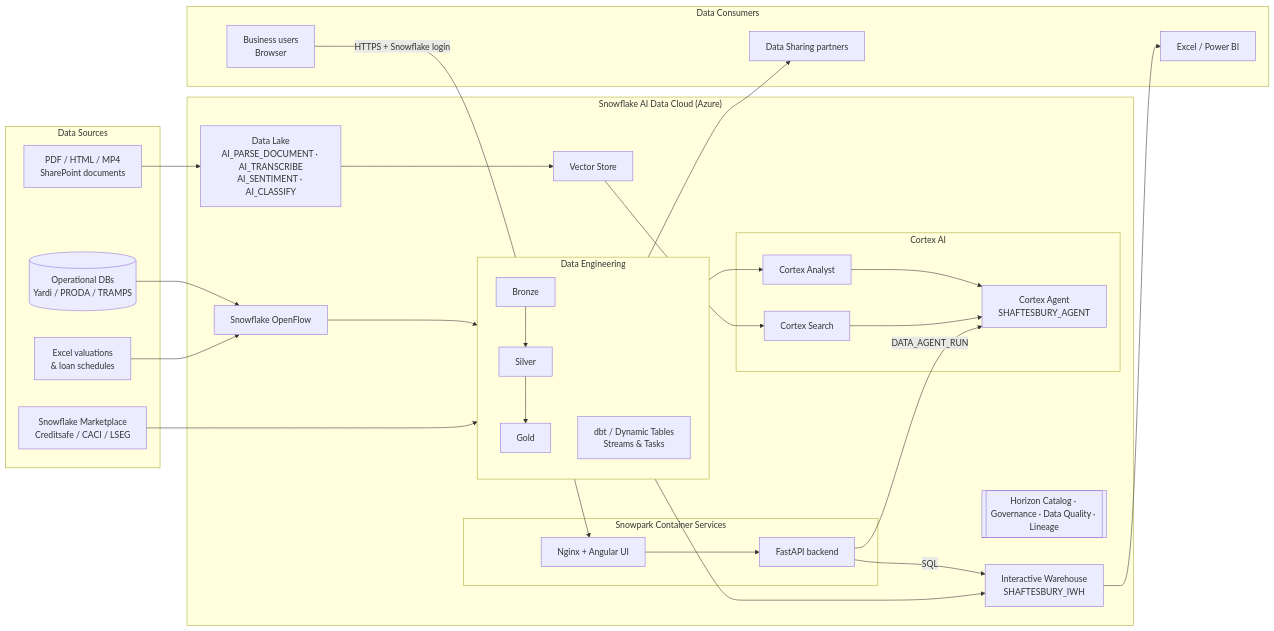
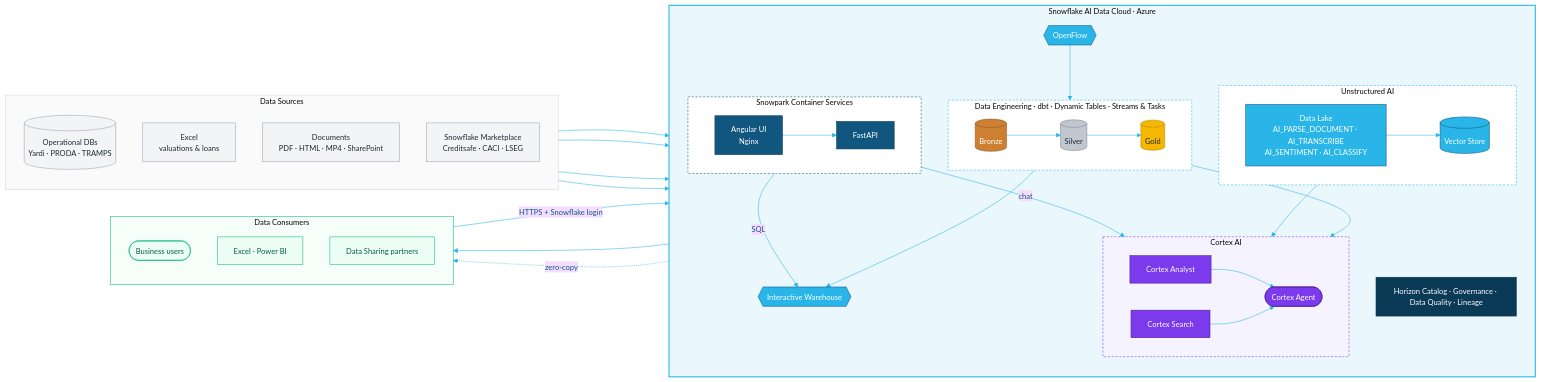
Before and after one commit to sfc-gh-cmoynihan/shaftsbury360: the diagram in README.md, drawn with Mermaid. The commit also changed other lines of this file, not shown here.

Commit message:
Lead README with Why Snowflake and Business Value; restyle architecture diagram
Generated with [Snowflake CoCo](https://docs.snowflake.com/en/user-guide/cortex-code/cortex-code)

````diff
--- a/README.md
+++ b/README.md
@@ -23,37 +40,43 @@
 ```mermaid
+%%{init: {'theme':'base','themeVariables':{'fontFamily':'Helvetica','fontSize':'14px','lineColor':'#29B5E8','primaryTextColor':'#11567F'}}}%%
 flowchart LR
-    subgraph Sources["Data Sources"]
-        DB[(Operational DBs<br/>Yardi / PRODA / TRAMPS)]
-        XL[Excel valuations<br/>& loan schedules]
-        DOCS[PDF / HTML / MP4<br/>SharePoint documents]
-        MKT[Snowflake Marketplace<br/>Creditsafe / CACI / LSEG]
+    subgraph SRC["Data Sources"]
+        direction TB
+        DB[("Operational DBs<br/>Yardi · PRODA · TRAMPS")]
+        XL["Excel<br/>valuations & loans"]
+        DOCS["Documents<br/>PDF · HTML · MP4 · SharePoint"]
+        MKT["Snowflake Marketplace<br/>Creditsafe · CACI · LSEG"]
     end
 
-    subgraph Snowflake["Snowflake AI Data Cloud (Azure)"]
-        OF[Snowflake OpenFlow]
-        subgraph Eng["Data Engineering"]
-            direction TB
-            BR[Bronze] --> SI[Silver] --> GO[Gold]
-            DT[dbt / Dynamic Tables<br/>Streams & Tasks]
+    subgraph SF["Snowflake AI Data Cloud · Azure"]
+        direction TB
+        OF{{"OpenFlow"}}
+        subgraph ENG["Data Engineering · dbt · Dynamic Tables · Streams & Tasks"]
+            direction LR
+            BR[("Bronze")] --> SI[("Silver")] --> GO[("Gold")]
         end
-        LAKE[Data Lake<br/>AI_PARSE_DOCUMENT · AI_TRANSCRIBE<br/>AI_SENTIMENT · AI_CLASSIFY]
-        VEC[Vector Store]
+        subgraph UNS["Unstructured AI"]
+            direction LR
+            LAKE["Data Lake<br/>AI_PARSE_DOCUMENT · AI_TRANSCRIBE<br/>AI_SENTIMENT · AI_CLASSIFY"] --> VEC[("Vector Store")]
+        end
         subgraph AI["Cortex AI"]
-            CA[Cortex Analyst]
-            CS[Cortex Search]
-            AG[Cortex Agent<br/>SHAFTESBURY_AGENT]
+            direction LR
+            CA["Cortex Analyst"] --> AG(["Cortex Agent"])
+            CS["Cortex Search"] --> AG
         end
-        IWH[Interactive Warehouse<br/>SHAFTESBURY_IWH]
-        subgraph SPCS["Snowpark Container Services"]
-            NG[Nginx + Angular UI] --> API[FastAPI backend]
+        IWH{{"Interactive Warehouse"}}
+        subgraph APP["Snowpark Container Services"]
+            direction LR
+            NG["Angular UI<br/>Nginx"] --> API["FastAPI"]
         end
-        GOV[[Horizon Catalog · Governance · Data Quality · Lineage]]
+        GOV["Horizon Catalog · Governance · Data Quality · Lineage"]
     end
 
-    subgraph Consumers["Data Consumers"]
-        BU[Business users<br/>Browser]
-        BI[Excel / Power BI]
-        SH[Data Sharing partners]
+    subgraph CON["Data Consumers"]
+        direction TB
+        BU(["Business users"])
+        BI["Excel · Power BI"]
+        SH["Data Sharing partners"]
     end
 
     DB --> OF
@@ -61,14 +84,40 @@
     OF --> BR
     DOCS --> LAKE
     MKT --> GO
-    LAKE --> VEC --> CS
+    VEC --> CS
     GO --> CA
-    CA --> AG
-    CS --> AG
     GO --> IWH
     API -->|SQL| IWH
-    API -->|DATA_AGENT_RUN| AG
-    BU -->|HTTPS + Snowflake login| NG
+    API -->|chat| AG
+    BU -->|"HTTPS + Snowflake login"| NG
     IWH --> BI
-    GO --> SH
+    GO -.->|zero-copy| SH
+
+    classDef src fill:#F3F4F6,stroke:#9CA3AF,color:#1F2937
+    classDef bronze fill:#CD7F32,stroke:#8B5A2B,color:#fff
+    classDef silver fill:#C0C7CF,stroke:#7D8792,color:#1F2937
+    classDef gold fill:#F5B700,stroke:#B38600,color:#1F2937
+    classDef sf fill:#29B5E8,stroke:#11567F,color:#fff
+    classDef ai fill:#7C3AED,stroke:#4C1D95,color:#fff
+    classDef app fill:#11567F,stroke:#0B3A57,color:#fff
+    classDef gov fill:#0B3A57,stroke:#0B3A57,color:#fff
+    classDef con fill:#ECFDF5,stroke:#10B981,color:#065F46
+
+    class DB,XL,DOCS,MKT src
+    class BR bronze
+    class SI silver
+    class GO gold
+    class OF,IWH,LAKE,VEC sf
+    class CA,CS,AG ai
+    class NG,API app
+    class GOV gov
+    class BU,BI,SH con
+
+    style SF fill:#EAF7FD,stroke:#29B5E8,stroke-width:2px
+    style SRC fill:#FAFAFA,stroke:#D1D5DB
+    style CON fill:#F6FEF9,stroke:#10B981
+    style ENG fill:#FFFFFF,stroke:#29B5E8,stroke-dasharray:4 3
+    style UNS fill:#FFFFFF,stroke:#29B5E8,stroke-dasharray:4 3
+    style AI fill:#F5F3FF,stroke:#7C3AED,stroke-dasharray:4 3
+    style APP fill:#FFFFFF,stroke:#11567F,stroke-dasharray:4 3
 ```
````
